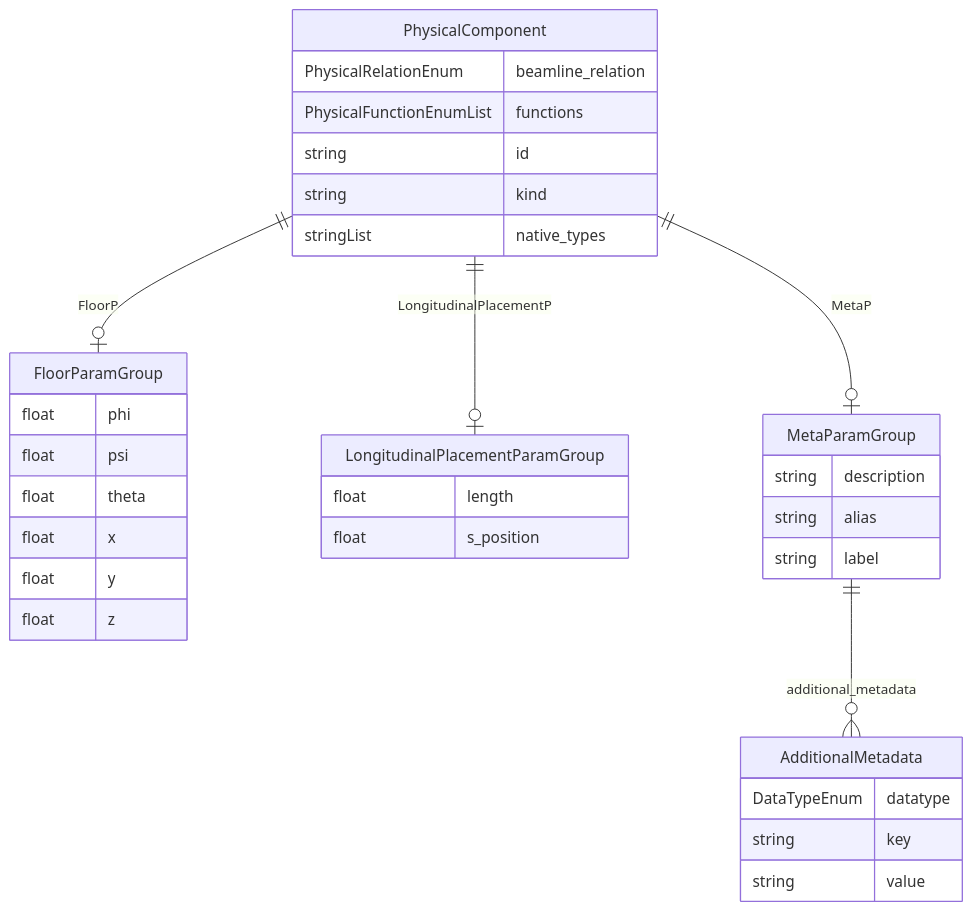
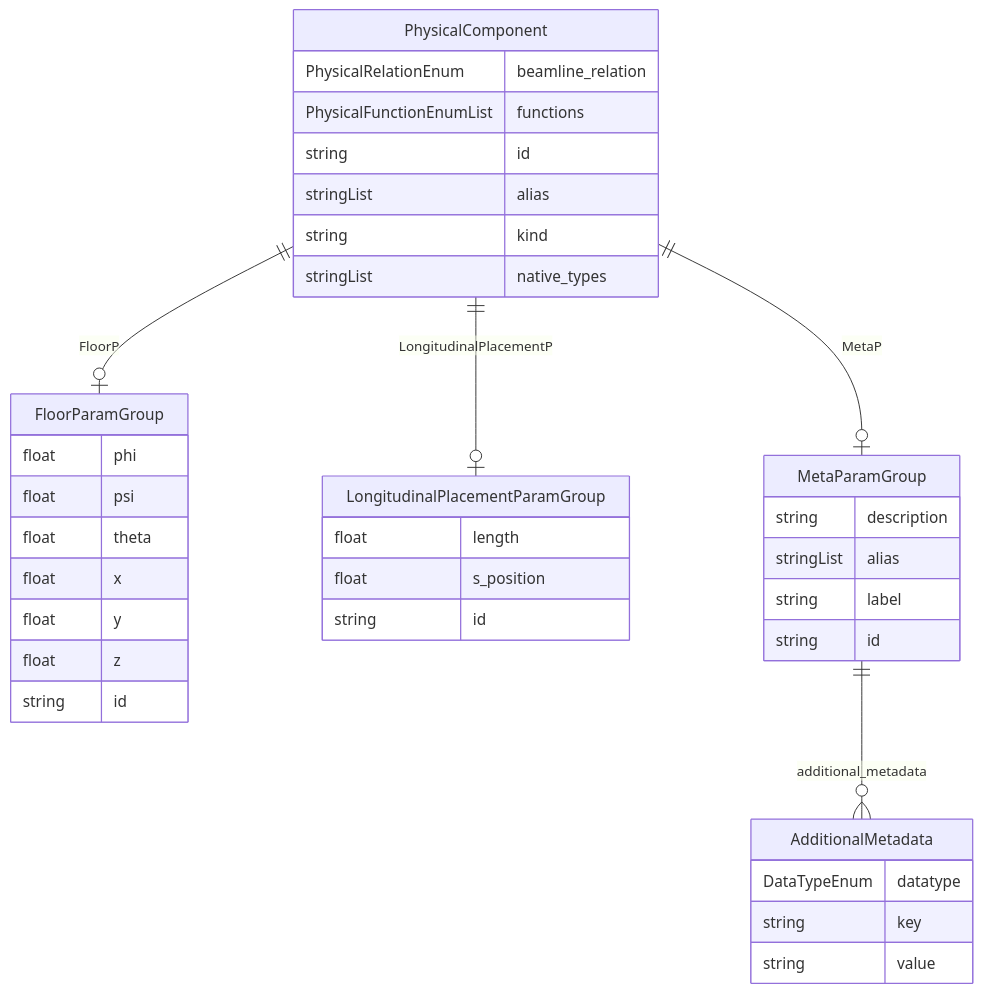
One commit to pals-project/pals-facility-config changed the diagram in docs/elements/classes/PhysicalComponent.md. Above: the diagram before and after it, drawn with Mermaid. The commit also changed other lines of this file and 499 other files, not shown here.

````diff
--- a/docs/elements/classes/PhysicalComponent.md
+++ b/docs/elements/classes/PhysicalComponent.md
@@ -15,38 +15,42 @@
 ```mermaid
 erDiagram
 AdditionalMetadata {
     DataTypeEnum datatype  
     string key  
     string value  
 }
 FloorParamGroup {
     float phi  
     float psi  
     float theta  
     float x  
     float y  
     float z  
+    string id  
 }
 LongitudinalPlacementParamGroup {
     float length  
     float s_position  
+    string id  
 }
 MetaParamGroup {
     string description  
-    string alias  
+    stringList alias  
     string label  
+    string id  
 }
 PhysicalComponent {
     PhysicalRelationEnum beamline_relation  
     PhysicalFunctionEnumList functions  
     string id  
+    stringList alias  
     string kind  
     stringList native_types  
 }
 
 MetaParamGroup ||--}o AdditionalMetadata : "additional_metadata"
 PhysicalComponent ||--|o FloorParamGroup : "FloorP"
 PhysicalComponent ||--|o LongitudinalPlacementParamGroup : "LongitudinalPlacementP"
 PhysicalComponent ||--|o MetaParamGroup : "MetaP"
 
 ```
````
